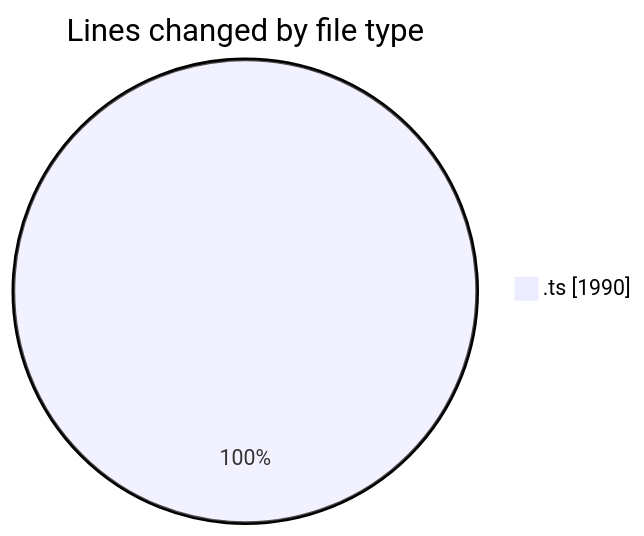
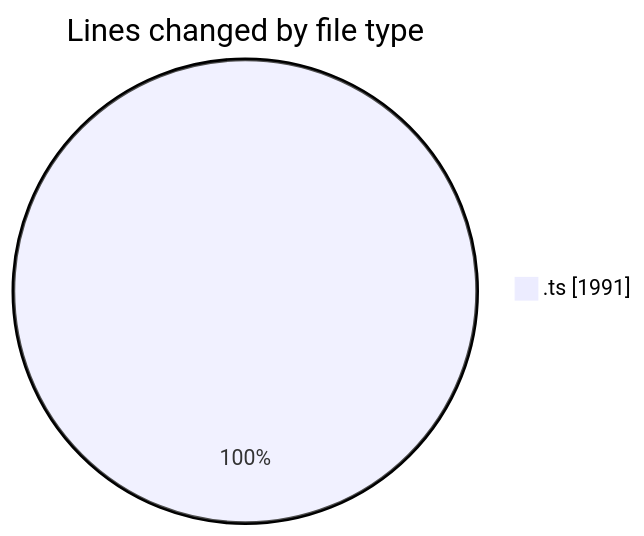
One commit to momahboobian/code-tracking changed the first of 2 diagrams in 2025-10-23/cda/README.md. Above: the diagram before and after it, drawn with Mermaid. The commit also changed other lines of this file and 1 other file, not shown here.

````diff
--- a/2025-10-23/cda/README.md
+++ b/2025-10-23/cda/README.md
@@ -23,5 +23,5 @@
 ```mermaid
 pie showData
 title Lines changed by file type
-".ts" : 1990
+".ts" : 1991
 ```
````
